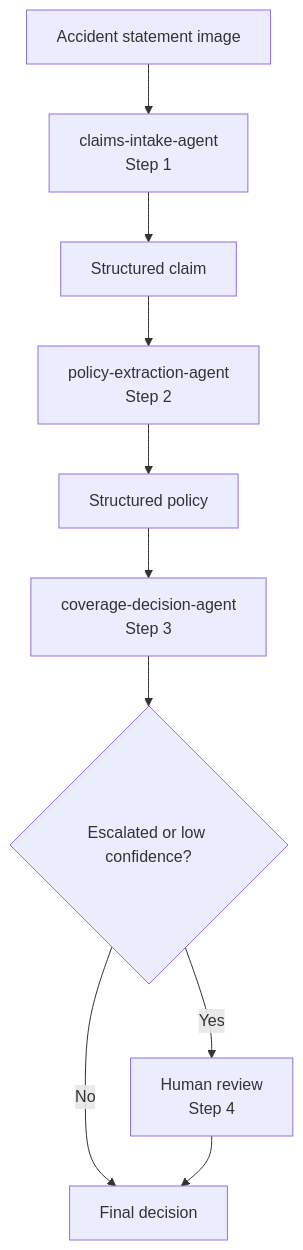
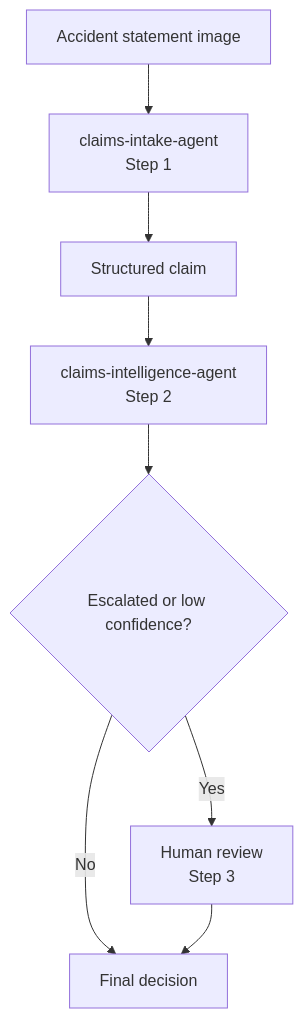
The diagram in challenges/challenge-04.md (jamlab/claims-microhack), drawn with Mermaid before and after one commit. The commit also changed other lines of this file and 24 other files, not shown here.

````diff
--- a/challenges/challenge-04.md
+++ b/challenges/challenge-04.md
@@ -25,12 +20,10 @@
 ```mermaid
 flowchart TD
         A[Accident statement image] --> B[claims-intake-agent<br/>Step 1]
         B --> C[Structured claim]
-        C --> D[policy-extraction-agent<br/>Step 2]
-        D --> E[Structured policy]
-        E --> F[coverage-decision-agent<br/>Step 3]
-        F --> G{Escalated or low confidence?}
+        C --> D[claims-intelligence-agent<br/>Step 2]
+        D --> G{Escalated or low confidence?}
         G -- No --> H[Final decision]
-        G -- Yes --> I[Human review<br/>Step 4]
+        G -- Yes --> I[Human review<br/>Step 3]
         I --> H
 ```
````
